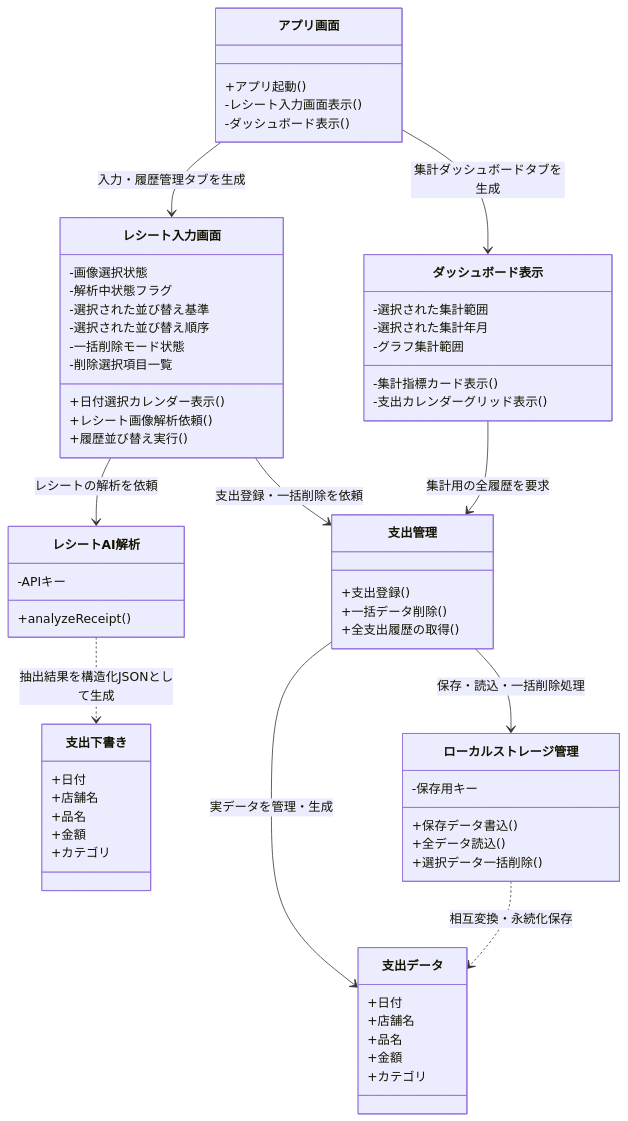
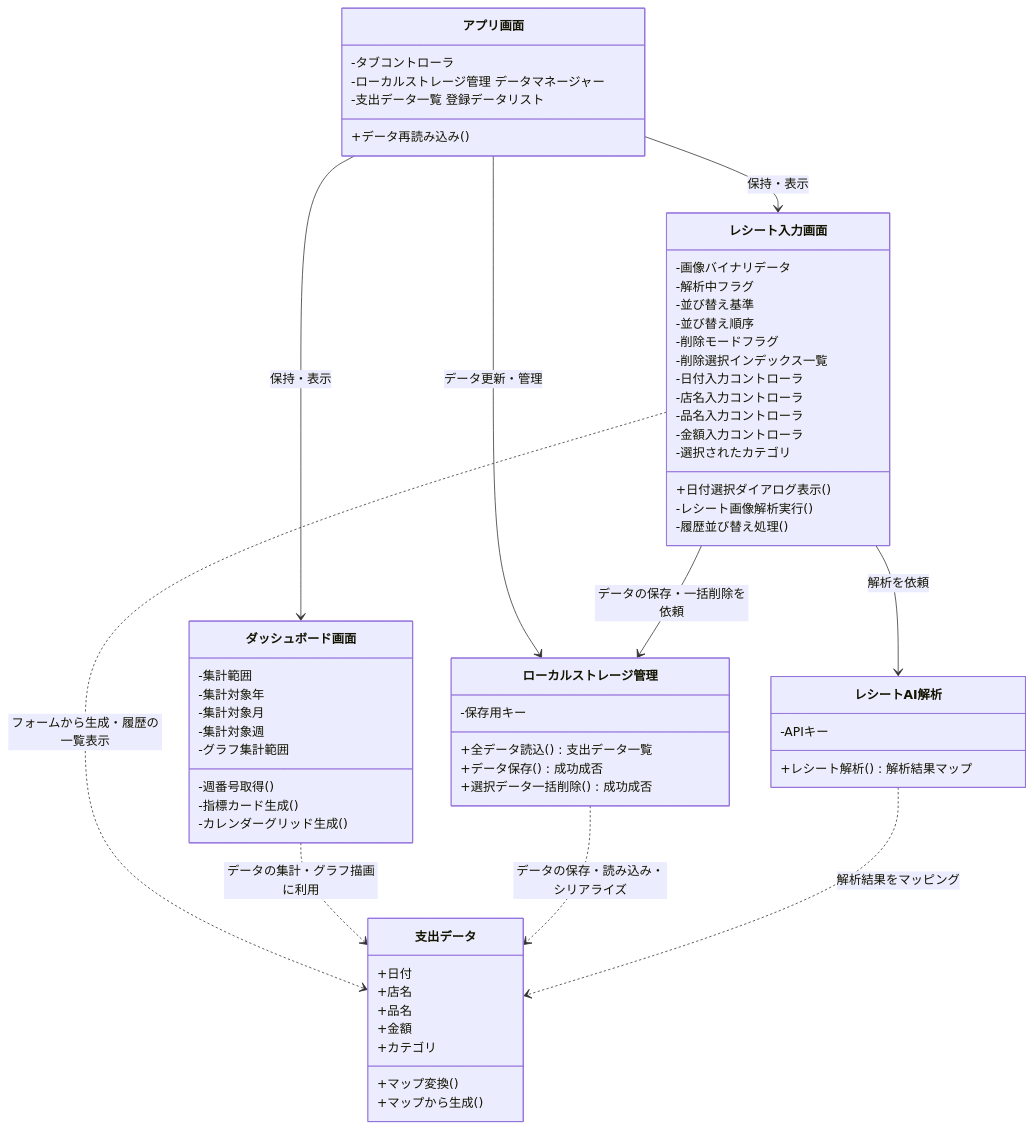
The second of 4 diagrams in README.md (userT-2213/receipt_checker), drawn with Mermaid before and after one commit. The commit also changed other lines of this file and 1 other file, not shown here.

````diff
--- a/README.md
+++ b/README.md
@@ -185,79 +189,81 @@
 ```mermaid
 classDiagram
     direction TB
 
     class アプリ画面 {
-        +アプリ起動()
-        -レシート入力画面表示()
-        -ダッシュボード表示()
+        %% MainTabScreenに相当
+        -タブコントローラ
+        -ローカルストレージ管理 データマネージャー
+        -支出データ一覧 登録データリスト
+        +データ再読み込み()
     }
 
     class レシート入力画面 {
-        -画像選択状態
-        -解析中状態フラグ
-        -選択された並び替え基準
-        -選択された並び替え順序
-        -一括削除モード状態
-        -削除選択項目一覧
-        +日付選択カレンダー表示()
-        +レシート画像解析依頼()
-        +履歴並び替え実行()
+        %% InputTabに相当
+        -画像バイナリデータ
+        -解析中フラグ
+        -並び替え基準
+        -並び替え順序
+        -削除モードフラグ
+        -削除選択インデックス一覧
+        -日付入力コントローラ
+        -店名入力コントローラ
+        -品名入力コントローラ
+        -金額入力コントローラ
+        -選択されたカテゴリ
+        +日付選択ダイアログ表示()
+        -レシート画像解析実行()
+        -履歴並び替え処理()
     }
 
-    class ダッシュボード表示 {
-        -選択された集計範囲
-        -選択された集計年月
+    class ダッシュボード画面 {
+        %% DashboardTabに相当
+        -集計範囲
+        -集計対象年
+        -集計対象月
+        -集計対象週
         -グラフ集計範囲
-        -集計指標カード表示()
-        -支出カレンダーグリッド表示()
+        -週番号取得()
+        -指標カード生成()
+        -カレンダーグリッド生成()
     }
 
-    class 支出管理 {
-        +支出登録()
-        +一括データ削除()
-        +全支出履歴の取得()
+    class ローカルストレージ管理 {
+        %% LocalDataManagerに相当
+        -保存用キー
+        +全データ読込() 支出データ一覧
+        +データ保存() 成功成否
+        +選択データ一括削除() 成功成否
     }
 
     class レシートAI解析 {
+        %% ReceiptOcrServiceに相当
         -APIキー
-        +analyzeReceipt()
+        +レシート解析() 解析結果マップ
     }
 
-    class 支出下書き {
+    class 支出データ {
+        %% ExpenseDataに相当
         +日付
-        +店舗名
+        +店名
         +品名
         +金額
         +カテゴリ
-    }
-
-    class 支出データ {
-        +日付
-        +店舗名
-        +品名
-        +金額
-        +カテゴリ
-    }
-
-    class ローカルストレージ管理 {
-        -保存用キー
-        +保存データ書込()
-        +全データ読込()
-        +選択データ一括削除()
+        +マップ変換()
+        +マップから生成()
     }
 
     %% 関係性の定義
-    アプリ画面 --> レシート入力画面 : 入力・履歴管理タブを生成
-    アプリ画面 --> ダッシュボード表示 : 集計ダッシュボードタブを生成
+    アプリ画面 --> レシート入力画面 : 保持・表示
+    アプリ画面 --> ダッシュボード画面 : 保持・表示
+    アプリ画面 --> ローカルストレージ管理 : データ更新・管理
 
-    レシート入力画面 --> 支出管理 : 支出登録・一括削除を依頼
-    レシート入力画面 --> レシートAI解析 : レシートの解析を依頼
+    レシート入力画面 --> ローカルストレージ管理 : データの保存・一括削除を依頼
+    レシート入力画面 --> レシートAI解析 : 解析を依頼
+    レシート入力画面 ..> 支出データ : フォームから生成・履歴の一覧表示
 
-    ダッシュボード表示 --> 支出管理 : 集計用の全履歴を要求
+    ダッシュボード画面 ..> 支出データ : データの集計・グラフ描画に利用
 
-    支出管理 --> ローカルストレージ管理 : 保存・読込・一括削除処理
-    支出管理 --> 支出データ : 実データを管理・生成
-
-    レシートAI解析 ..> 支出下書き : 抽出結果を構造化JSONとして生成
-    ローカルストレージ管理 ..> 支出データ : 相互変換・永続化保存
+    ローカルストレージ管理 ..> 支出データ : データの保存・読み込み・シリアライズ
+    レシートAI解析 ..> 支出データ : 解析結果をマッピング
 ```
````
